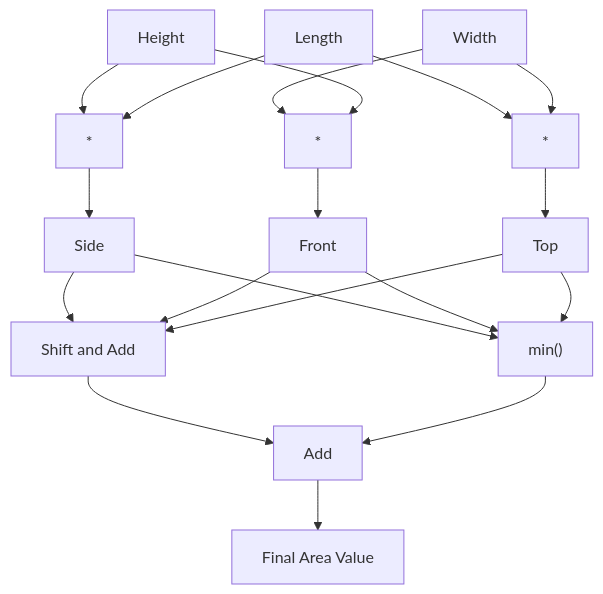
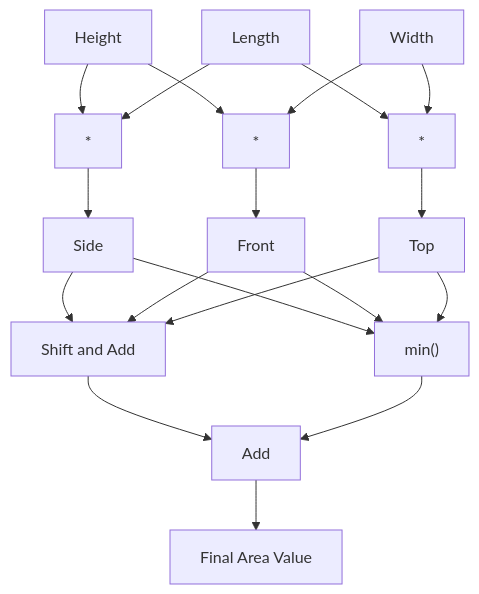
One commit to MatthieuMichon/aoc-rtl changed the diagram in 15/2-1/README.md. Above: the diagram before and after it, drawn with Mermaid. The commit also changed other lines of this file and 16 other files, not shown here.

````diff
--- a/15/2-1/README.md
+++ b/15/2-1/README.md
@@ -92,46 +92,46 @@
 ```mermaid
 flowchart
 l["Length"]
 w["Width"]
 h["Height"]
 
 lw["*"]
 wh["*"]
 hl["*"]
 
 s["Side"]
 f["Front"]
 t["Top"]
 
 add["Shift and Add"]
 min["min()"]
 
 final_add["Add"]
 
 area["Final Area Value"]
 
 l --> lw
 w --> lw
 lw --> t
 
-w --> wh
-h --> wh
-wh --> f
-
 h --> hl
 l --> hl
 hl --> s
+
+h --> wh
+w --> wh
+wh --> f
 
 s --> add
 f --> add
 t --> add
 
 s --> min
 f --> min
 t --> min
 
 add --> final_add
 min --> final_add
 
 final_add --> area
 ```
````
